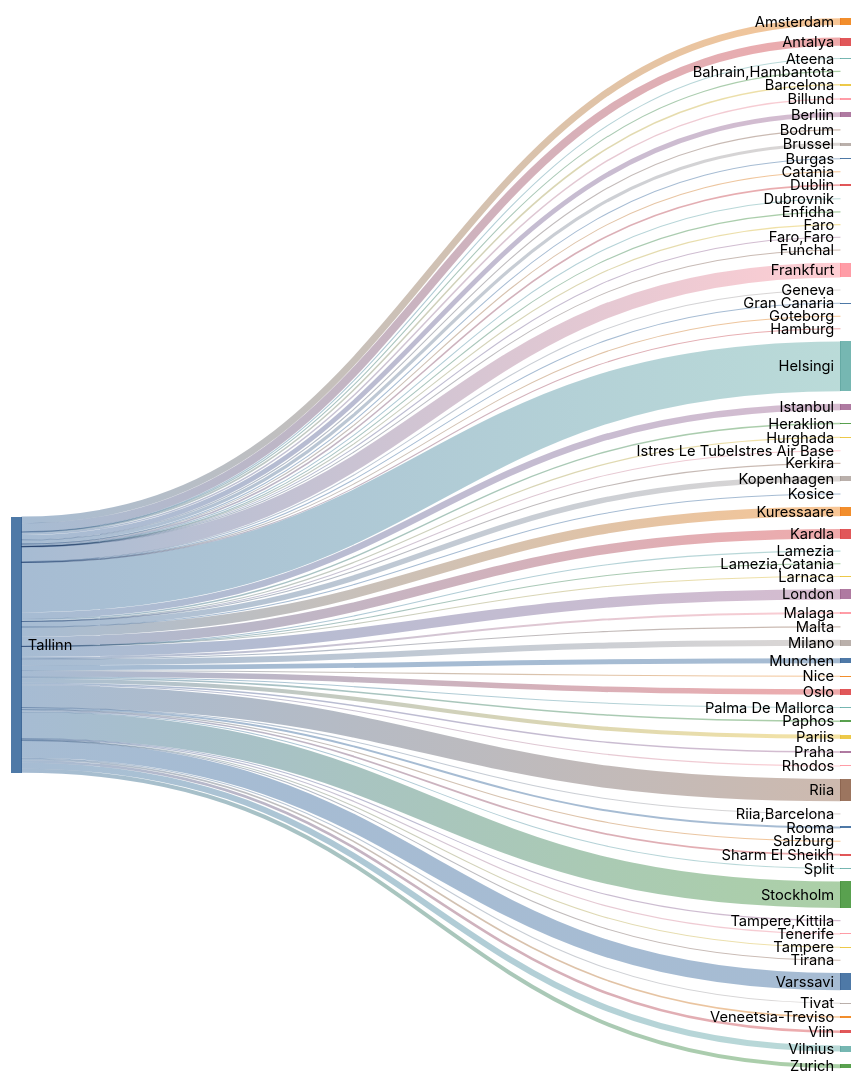
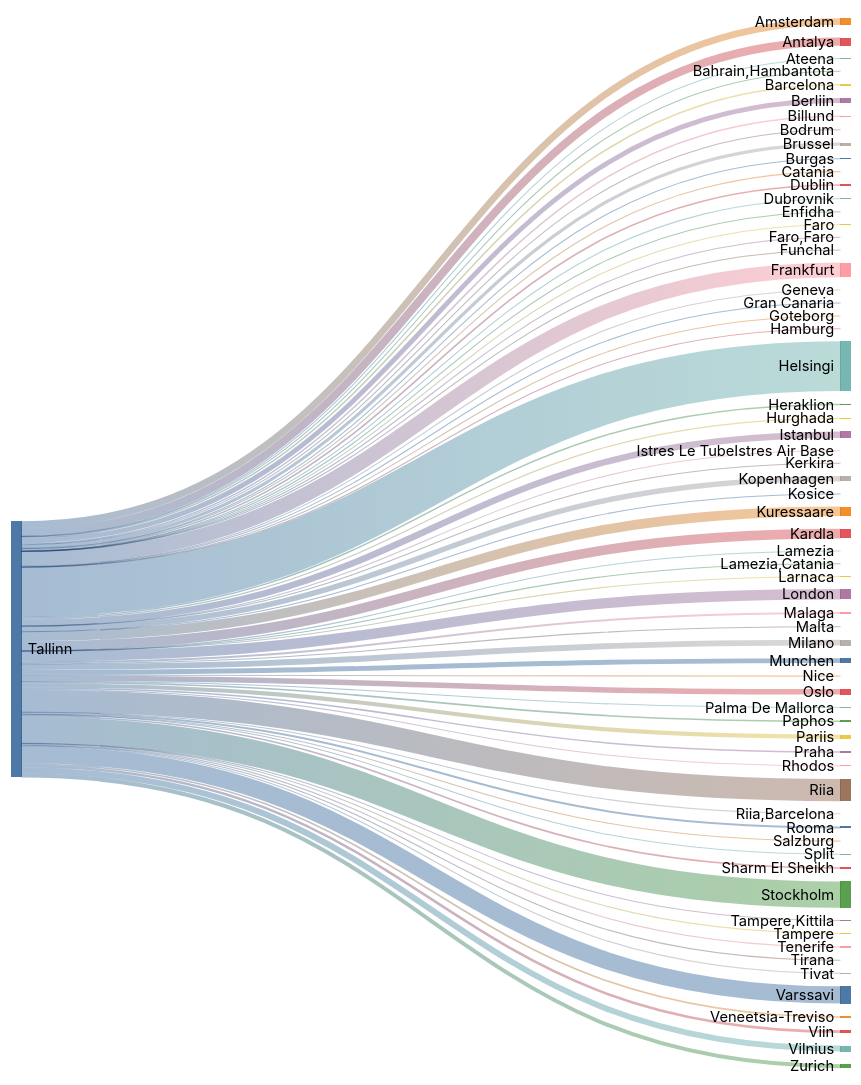
Before and after one commit to rainermesi/tll-airport-departures: the second of 2 diagrams in README.md, drawn with Mermaid (neutral theme). The commit also changed other lines of this file, not shown here.

````diff
--- a/README.md
+++ b/README.md
@@ -34,77 +34,77 @@
 ```mermaid
 ---
 config:
   sankey:
     showValues: false
     width: 800
     height: 1000
 ---
 sankey-beta
 %% source,target,value
-Tallinn,Amsterdam,221
+Tallinn,Amsterdam,223
 Tallinn,Antalya,264
 Tallinn,Ateena,16
 Tallinn,"Bahrain,Hambantota",1
 Tallinn,Barcelona,51
-Tallinn,Berliin,158
+Tallinn,Berliin,159
 Tallinn,Billund,49
 Tallinn,Bodrum,11
 Tallinn,Brussel,103
 Tallinn,Burgas,21
 Tallinn,Catania,2
 Tallinn,Dublin,52
 Tallinn,Dubrovnik,21
 Tallinn,Enfidha,7
 Tallinn,Faro,4
 Tallinn,"Faro,Faro",1
-Tallinn,Frankfurt,480
+Tallinn,Frankfurt,483
 Tallinn,Funchal,5
 Tallinn,Geneva,5
 Tallinn,Gran Canaria,25
 Tallinn,Goteborg,1
 Tallinn,Hamburg,1
-Tallinn,Helsingi,1621
+Tallinn,Helsingi,1630
 Tallinn,Heraklion,46
 Tallinn,Hurghada,38
-Tallinn,Istanbul,211
+Tallinn,Istanbul,212
 Tallinn,Istres Le TubeIstres Air Base,2
 Tallinn,Kerkira,4
-Tallinn,Kopenhaagen,177
+Tallinn,Kopenhaagen,178
 Tallinn,Kosice,1
-Tallinn,Kuressaare,313
-Tallinn,Kardla,313
+Tallinn,Kuressaare,315
+Tallinn,Kardla,315
 Tallinn,Lamezia,1
 Tallinn,"Lamezia,Catania",3
 Tallinn,Larnaca,4
-Tallinn,London,335
-Tallinn,Malaga,65
+Tallinn,London,337
+Tallinn,Malaga,66
 Tallinn,Malta,15
-Tallinn,Milano,193
+Tallinn,Milano,194
 Tallinn,Munchen,161
 Tallinn,Nice,25
-Tallinn,Oslo,180
+Tallinn,Oslo,181
 Tallinn,Palma De Mallorca,19
-Tallinn,Paphos,51
-Tallinn,Pariis,134
+Tallinn,Paphos,52
+Tallinn,Pariis,135
 Tallinn,Praha,49
 Tallinn,Rhodos,32
-Tallinn,Riia,724
+Tallinn,Riia,728
 Tallinn,"Riia,Barcelona",1
 Tallinn,Rooma,65
 Tallinn,Salzburg,6
 Tallinn,Sharm El Sheikh,54
 Tallinn,Split,25
-Tallinn,Stockholm,860
+Tallinn,Stockholm,864
 Tallinn,Tampere,17
 Tallinn,"Tampere,Kittila",6
-Tallinn,Tenerife,38
+Tallinn,Tenerife,39
 Tallinn,Tirana,8
 Tallinn,Tivat,26
-Tallinn,Varssavi,559
-Tallinn,Veneetsia-Treviso,52
-Tallinn,Viin,83
-Tallinn,Vilnius,196
-Tallinn,Zurich,130
+Tallinn,Varssavi,562
+Tallinn,Veneetsia-Treviso,53
+Tallinn,Viin,84
+Tallinn,Vilnius,197
+Tallinn,Zurich,131
 
 
 ```
````
